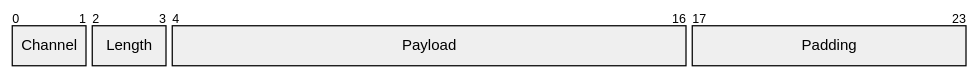
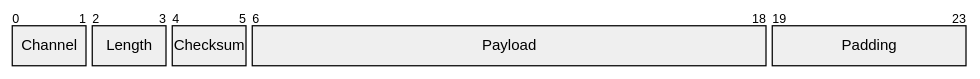
Before and after one commit to JColonnello/rpimetal: the second of 2 diagrams in docs/multiplexing.md, drawn with Mermaid. The commit also changed other lines of this file, not shown here.

````diff
--- a/docs/multiplexing.md
+++ b/docs/multiplexing.md
@@ -55,7 +56,8 @@
 ```mermaid
 packet
 0-1: "Channel"
 2-3: "Length"
-4-16: "Payload"
-17-23: "Padding"
+4-5: "Checksum"
+6-18: "Payload"
+19-23: "Padding"
 ```
````
